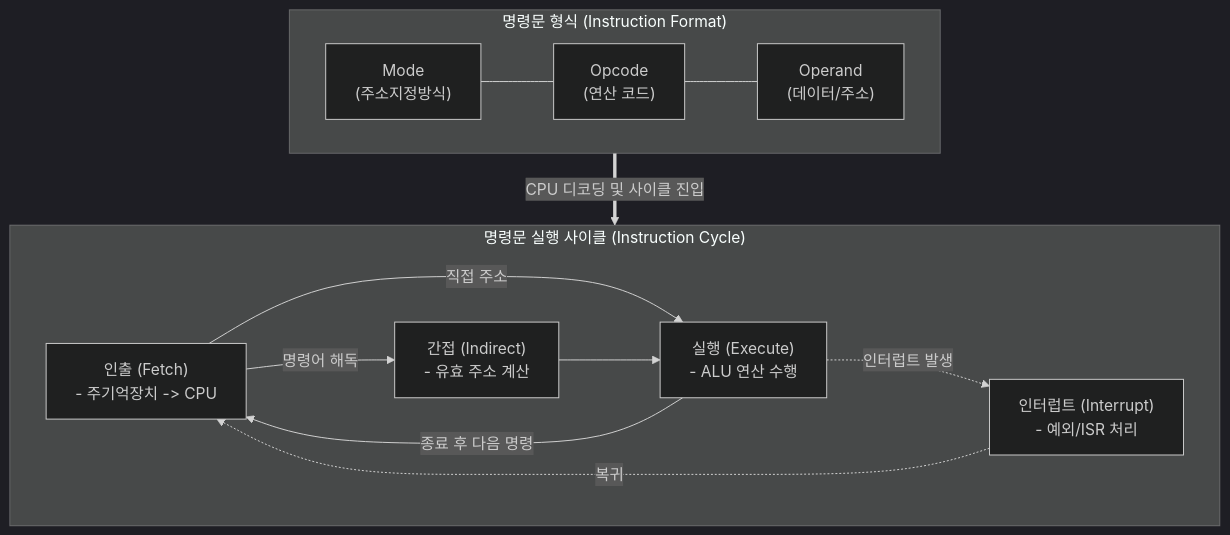
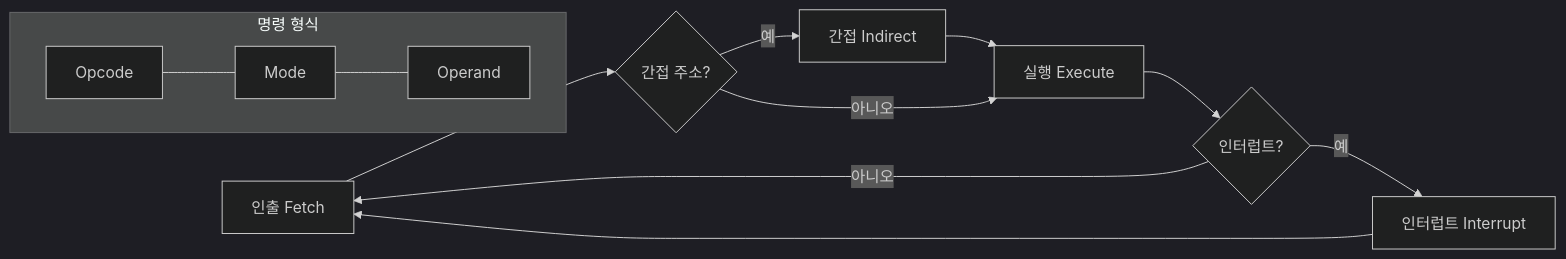
The diagram in content/01_IT Tech/명령문.md (supremethumb/supremethumb.github.io), drawn with Mermaid (dark theme) before and after one commit. The commit also changed other lines of this file and 1087 other files, not shown here.

````diff
--- a/content/01_IT Tech/명령문.md
+++ b/content/01_IT Tech/명령문.md
@@ -23,30 +35,13 @@
 ```mermaid
-flowchart TB
-    subgraph Instruction_Format["명령문 형식 (Instruction Format)"]
+flowchart LR
+    subgraph FMT["명령 형식"]
         direction LR
-        MODE["Mode<br/>(주소지정방식)"]
-        OP["Opcode<br/>(연산 코드)"]
-        OPERAND["Operand<br/>(데이터/주소)"]
-        
-        MODE --- OP
-        OP --- OPERAND
+        OP["Opcode"] --- MODE["Mode"] --- OPD["Operand"]
     end
-
-    subgraph Instruction_Cycle["명령문 실행 사이클 (Instruction Cycle)"]
-        direction LR
-        FETCH["인출 (Fetch)<br/>- 주기억장치 -> CPU"]
-        INDIRECT["간접 (Indirect)<br/>- 유효 주소 계산"]
-        EXECUTE["실행 (Execute)<br/>- ALU 연산 수행"]
-        INTERRUPT["인터럽트 (Interrupt)<br/>- 예외/ISR 처리"]
-        
-        FETCH -->|명령어 해독| INDIRECT
-        FETCH -->|직접 주소| EXECUTE
-        INDIRECT --> EXECUTE
-        EXECUTE -->|종료 후 다음 명령| FETCH
-        EXECUTE -.->|인터럽트 발생| INTERRUPT
-        INTERRUPT -.->|복귀| FETCH
-    end
-    
-    Instruction_Format ==>|CPU 디코딩 및 사이클 진입| Instruction_Cycle
-
+    F["인출 Fetch"] --> D{"간접 주소?"}
+    D -- "예" --> I["간접 Indirect"] --> E["실행 Execute"]
+    D -- "아니오" --> E
+    E --> Q{"인터럽트?"}
+    Q -- "예" --> INT["인터럽트 Interrupt"] --> F
+    Q -- "아니오" --> F
 ```
````
